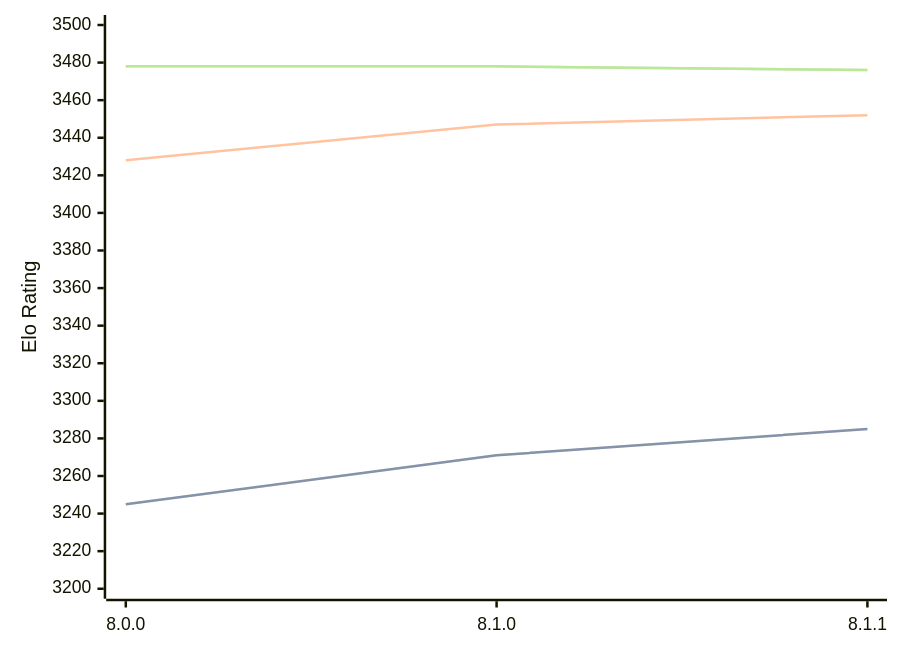
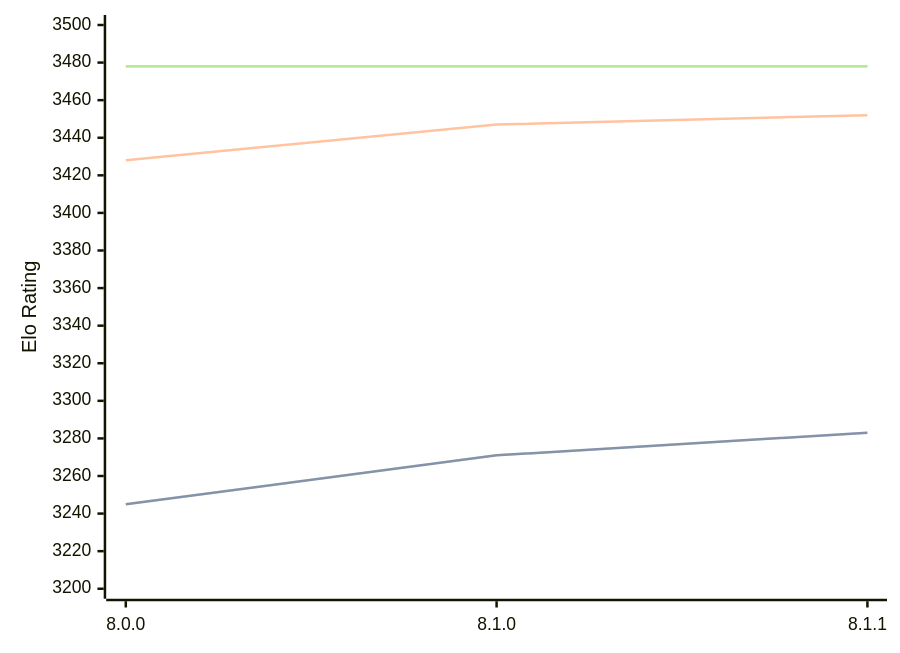
Before and after one commit to computer-chess-index/cci: the diagram in engines/Velvet.md, drawn with Mermaid. The commit also changed other lines of this file, not shown here.

Commit message:
Update CCI Ratings (ELO VLTC) - 2026-09-15

````diff
--- a/engines/Velvet.md
+++ b/engines/Velvet.md
@@ -33,11 +33,11 @@
 ```mermaid
 %%{init: {"theme":"base","themeVariables":{"seriesColors:['#a3a3a3','#222221','#faa371']}}}%%
 xychart-beta
   x-axis ["8.0.0", "8.1.0", "8.1.1"]
   y-axis "Elo Rating" 3200 --> 3500
-  line "" [3245, 3271, 3285]
-  line "STC (8.0+0.08s)" [3245, 3271, 3285]
+  line "" [3245, 3271, 3283]
+  line "STC (8.0+0.08s)" [3245, 3271, 3283]
   line "LTC (60.0+0.60s)" [3428, 3447, 3452]
-  line "" [3478, 3478, 3476]
-  line "VLTC (2m24s+1.12s)" [3478, 3478, 3476]
+  line "" [3478, 3478, 3478]
+  line "VLTC (2m24s+1.12s)" [3478, 3478, 3478]
 ```
````
